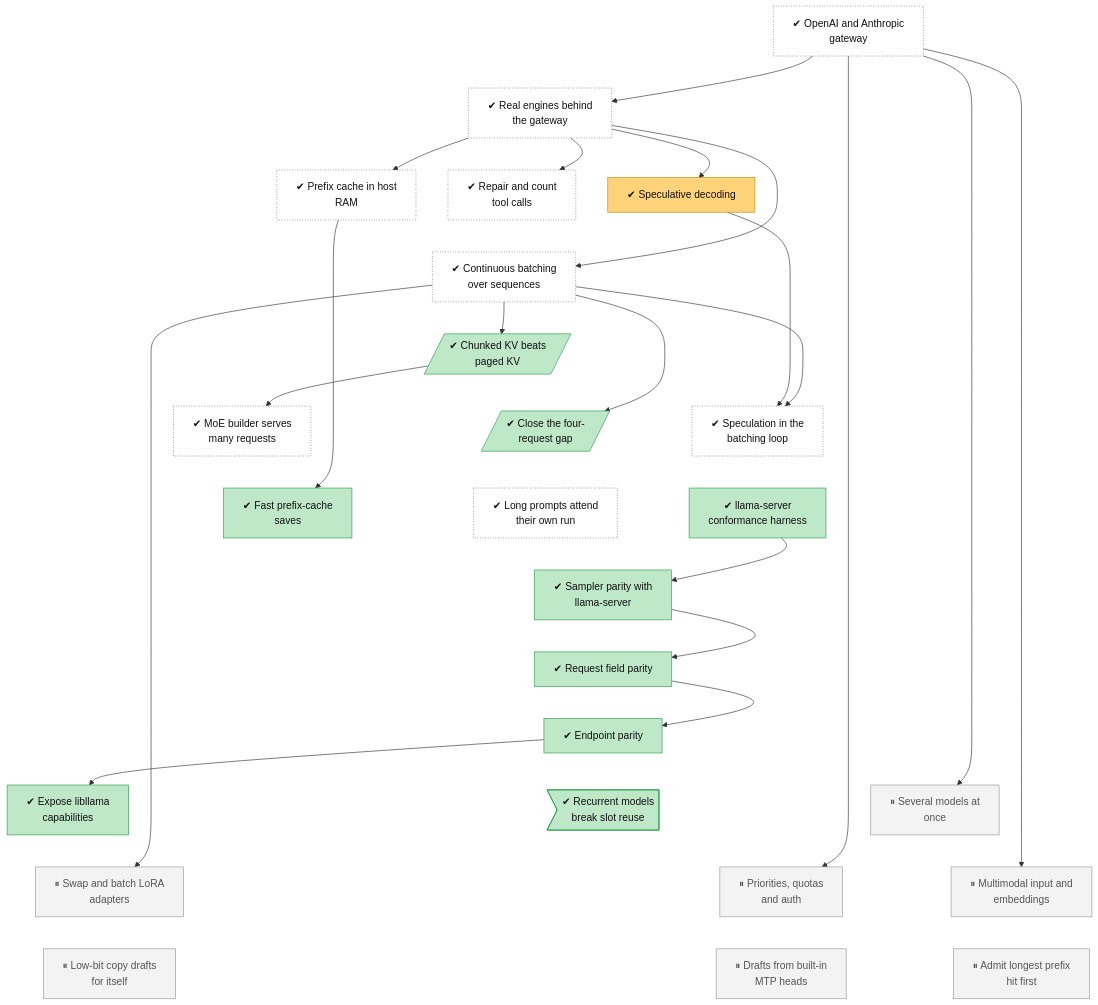
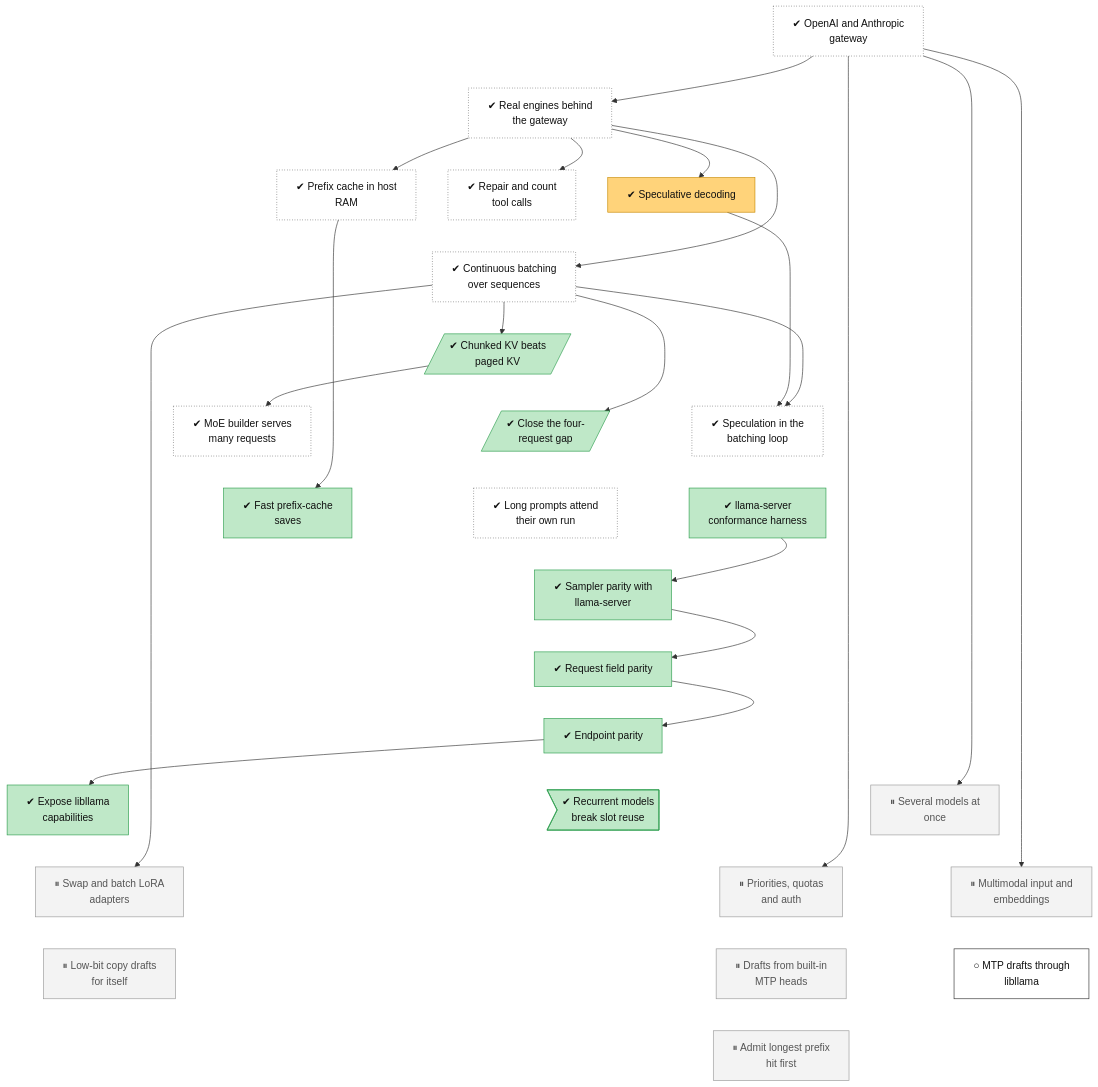
One commit to lhns/tetraeder changed the diagram in docs/roadmap/tracks/serving.md. Above: the diagram before and after it, drawn with Mermaid. The commit also changed other lines of this file and 9 other files, not shown here.

````diff
--- a/docs/roadmap/tracks/serving.md
+++ b/docs/roadmap/tracks/serving.md
@@ -33,6 +33,7 @@
     serving_multimodal["⏸ Multimodal input and<br/>embeddings"]
     serving_self_spec["⏸ Low-bit copy drafts<br/>for itself"]
     serving_mtp_drafts["⏸ Drafts from built-in<br/>MTP heads"]
+    serving_mtp_libllama["○ MTP drafts through<br/>libllama"]
     serving_prefix_first["⏸ Admit longest prefix<br/>hit first"]
     serving_gateway ~~~ serving_real_engines
     serving_real_engines ~~~ serving_prefix_cache
@@ -61,7 +62,10 @@
     serving_multi_model ~~~ serving_multimodal
     serving_multi_lora ~~~ serving_self_spec
     serving_auth_quotas ~~~ serving_mtp_drafts
-    serving_multimodal ~~~ serving_prefix_first
+    serving_multimodal ~~~ serving_mtp_libllama
+    serving_self_spec ~~~ serving_prefix_first
+    serving_mtp_drafts ~~~ serving_prefix_first
+    serving_mtp_libllama ~~~ serving_prefix_first
     serving_gateway --> serving_real_engines
     serving_real_engines --> serving_prefix_cache
     serving_real_engines --> serving_speculative
@@ -99,4 +103,5 @@
     class serving_speculative mixed
     class serving_kv_layout,serving_c4_gap,serving_prefix_save,serving_parity_harness,serving_parity_sampling,serving_parity_fields,serving_parity_endpoints,serving_parity_libllama,serving_recurrent_reuse succ
     class serving_multi_model,serving_multi_lora,serving_auth_quotas,serving_multimodal,serving_self_spec,serving_mtp_drafts,serving_prefix_first parked
+    class serving_mtp_libllama next
 ```
````
